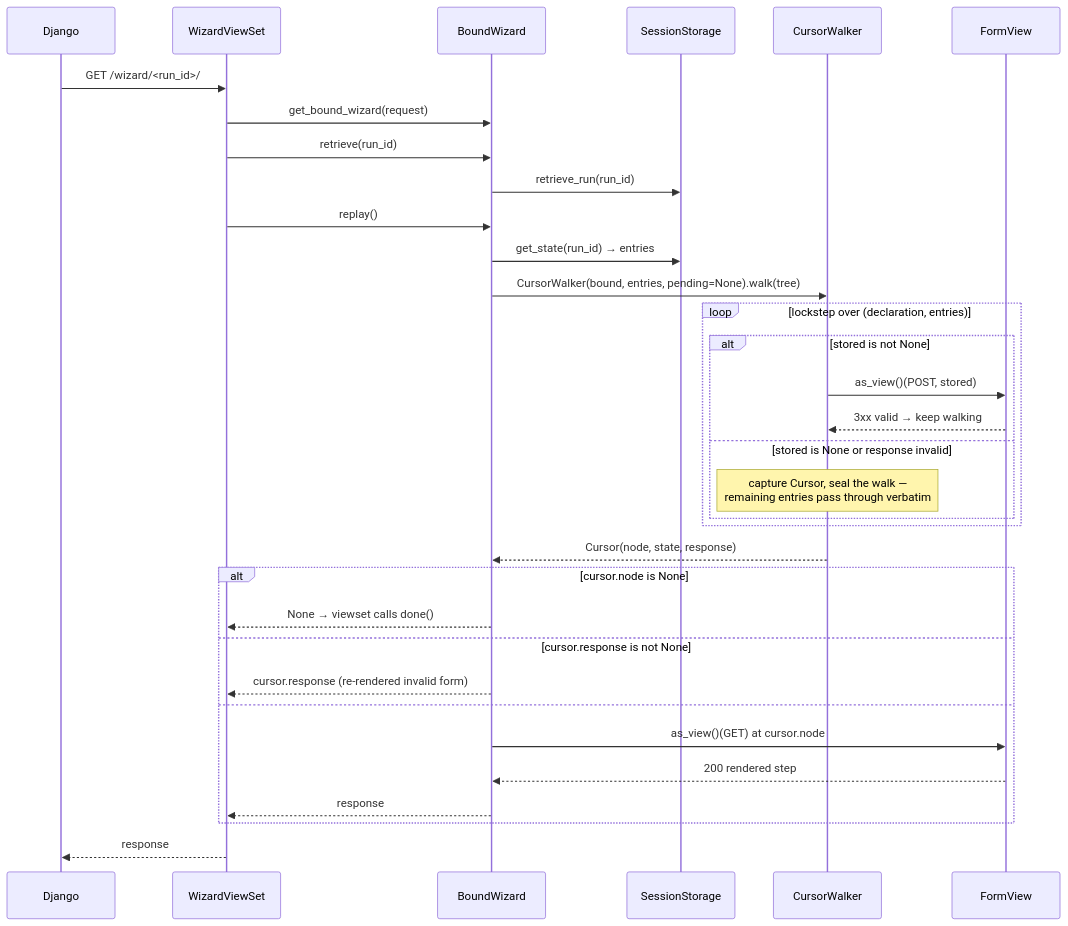
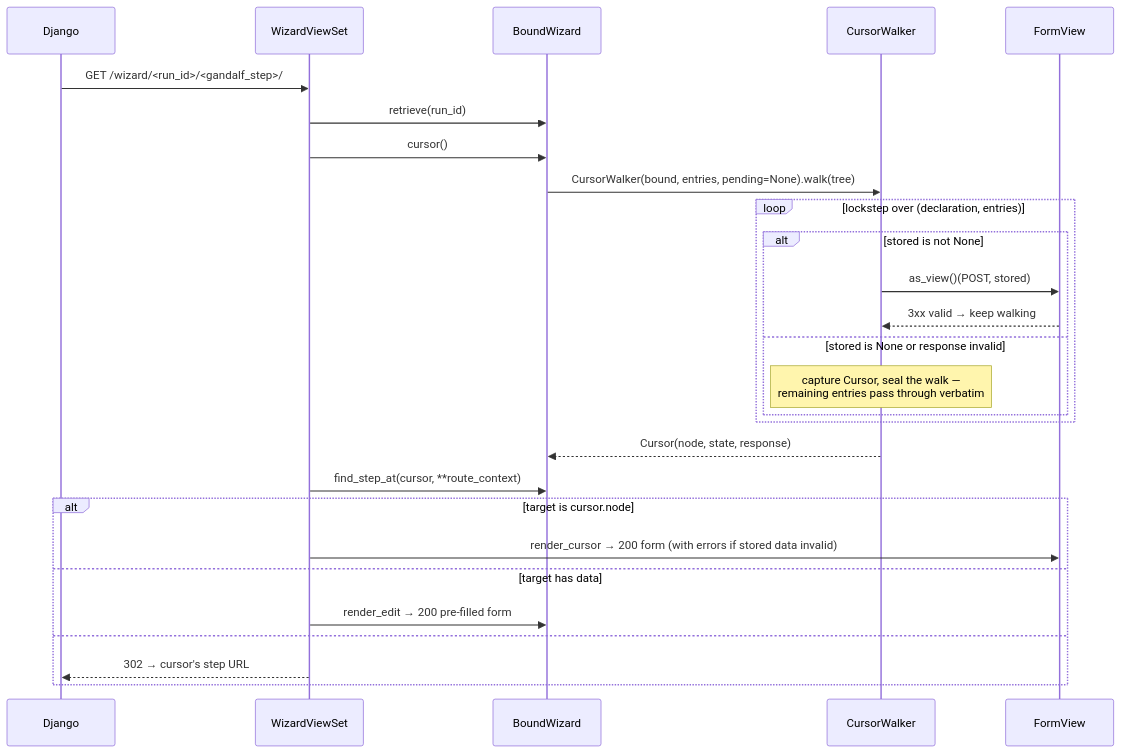
Before and after one commit to kevincarrogan/django-gandalf: the fourth of 5 diagrams in ARCHITECTURE.md, drawn with Mermaid. The commit also changed other lines of this file and 11 other files, not shown here.

````diff
--- a/ARCHITECTURE.md
+++ b/ARCHITECTURE.md
@@ -115,36 +136,30 @@
 ```mermaid
 sequenceDiagram
     participant Django
     participant WVS as WizardViewSet
     participant BW as BoundWizard
-    participant SS as SessionStorage
     participant CWK as CursorWalker
     participant FV as FormView
 
-    Django->>WVS: GET /wizard/<run_id>/
-    WVS->>BW: get_bound_wizard(request)
+    Django->>WVS: GET /wizard/<run_id>/<gandalf_step>/
     WVS->>BW: retrieve(run_id)
-    BW->>SS: retrieve_run(run_id)
-    WVS->>BW: replay()
-    BW->>SS: get_state(run_id) → entries
+    WVS->>BW: cursor()
     BW->>CWK: CursorWalker(bound, entries, pending=None).walk(tree)
     loop lockstep over (declaration, entries)
         alt stored is not None
             CWK->>FV: as_view()(POST, stored)
             FV-->>CWK: 3xx valid → keep walking
         else stored is None or response invalid
             Note over CWK: capture Cursor, seal the walk —<br/>remaining entries pass through verbatim
         end
     end
     CWK-->>BW: Cursor(node, state, response)
-    alt cursor.node is None
-        BW-->>WVS: None → viewset calls done()
-    else cursor.response is not None
-        BW-->>WVS: cursor.response (re-rendered invalid form)
+    WVS->>BW: find_step_at(cursor, **route_context)
+    alt target is cursor.node
+        WVS->>FV: render_cursor → 200 form (with errors if stored data invalid)
+    else target has data
+        WVS->>BW: render_edit → 200 pre-filled form
     else
-        BW->>FV: as_view()(GET) at cursor.node
-        FV-->>BW: 200 rendered step
-        BW-->>WVS: response
+        WVS-->>Django: 302 → cursor's step URL
     end
-    WVS-->>Django: response
 ```
````
